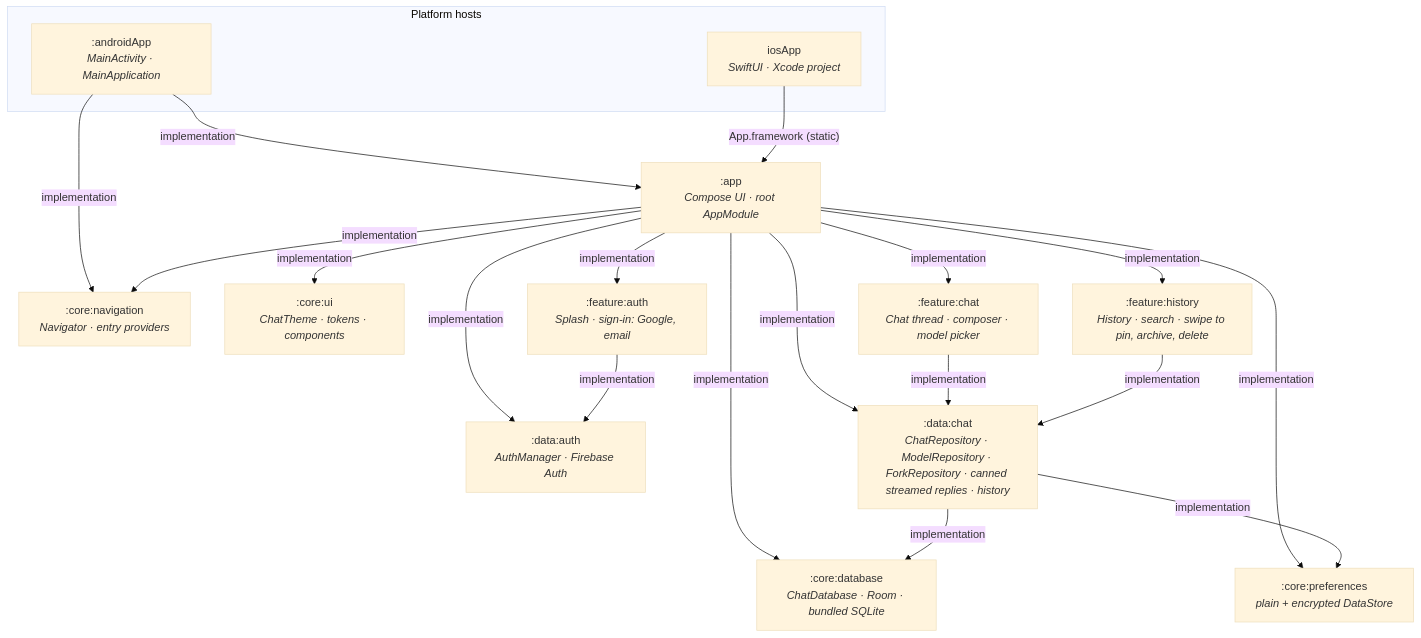
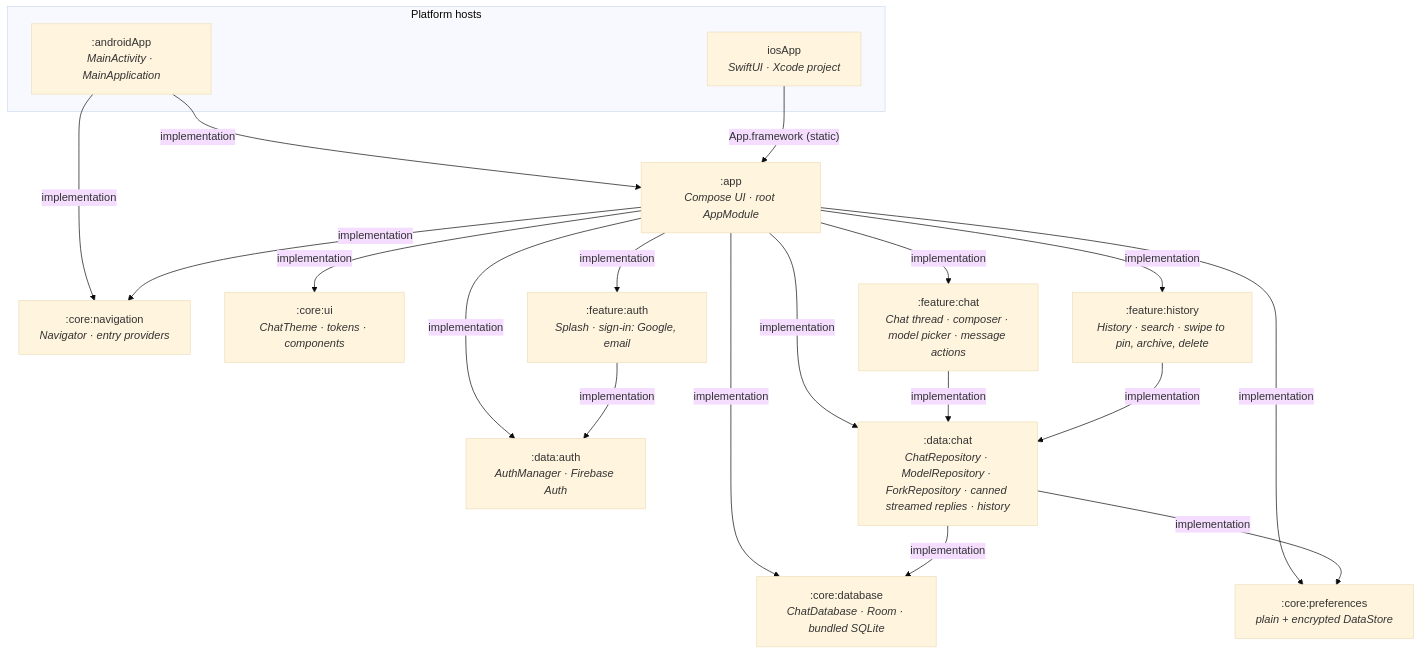
The diagram in README.md (weslley-poatek/chat), drawn with Mermaid (base theme) before and after one commit. The commit also changed other lines of this file and 20 other files, not shown here.

Commit message:
✨ feat: Add the message action row, fork banner and read-aloud bar to feature:chat.

````diff
--- a/README.md
+++ b/README.md
@@ -91,36 +93,36 @@
 ```mermaid
 flowchart TD
     subgraph hosts ["Platform hosts"]
         androidApp[":androidApp<br/><i>MainActivity · MainApplication</i>"]
         iosApp["iosApp<br/><i>SwiftUI · Xcode project</i>"]
     end
 
     app[":app<br/><i>Compose UI · root AppModule</i>"]
     db[":core:database<br/><i>ChatDatabase · Room · bundled SQLite</i>"]
     nav[":core:navigation<br/><i>Navigator · entry providers</i>"]
     prefs[":core:preferences<br/><i>plain + encrypted DataStore</i>"]
     ui[":core:ui<br/><i>ChatTheme · tokens · components</i>"]
     featureAuth[":feature:auth<br/><i>Splash · sign-in: Google, email</i>"]
-    featureChat[":feature:chat<br/><i>Chat thread · composer · model picker</i>"]
+    featureChat[":feature:chat<br/><i>Chat thread · composer · model picker · message actions</i>"]
     featureHistory[":feature:history<br/><i>History · search · swipe to pin, archive, delete</i>"]
     dataAuth[":data:auth<br/><i>AuthManager · Firebase Auth</i>"]
     dataChat[":data:chat<br/><i>ChatRepository · ModelRepository · ForkRepository · canned streamed replies · history</i>"]
 
     androidApp -- "implementation" --> app
     androidApp -- "implementation" --> nav
     iosApp -- "App.framework (static)" --> app
     app -- "implementation" --> db
     app -- "implementation" --> nav
     app -- "implementation" --> prefs
     app -- "implementation" --> ui
     app -- "implementation" --> featureAuth
     app -- "implementation" --> featureChat
     app -- "implementation" --> featureHistory
     app -- "implementation" --> dataAuth
     app -- "implementation" --> dataChat
     featureAuth -- "implementation" --> dataAuth
     featureChat -- "implementation" --> dataChat
     featureHistory -- "implementation" --> dataChat
     dataChat -- "implementation" --> db
     dataChat -- "implementation" --> prefs
 ```
````
